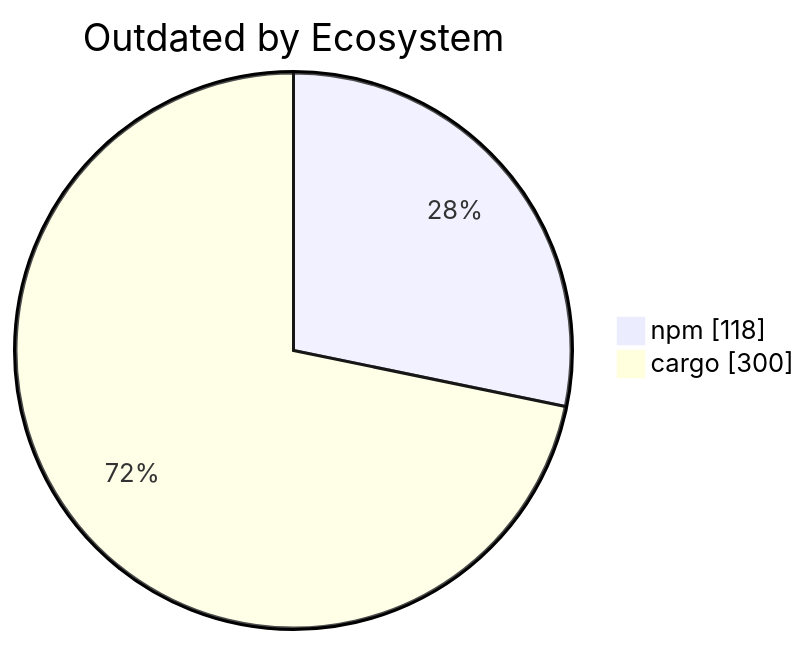
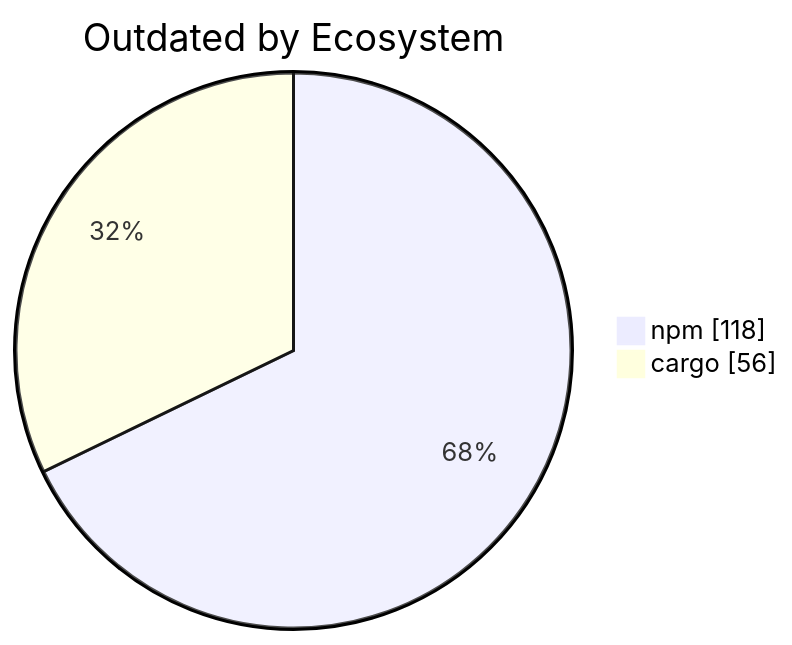
The diagram in apps/kbve/astro-kbve/src/content/docs/dashboard/deps.mdx (KBVE/kbve), drawn with Mermaid before and after one commit. The commit also changed other lines of this file and 1 other file, not shown here.

````diff
--- a/apps/kbve/astro-kbve/src/content/docs/dashboard/deps.mdx
+++ b/apps/kbve/astro-kbve/src/content/docs/dashboard/deps.mdx
@@ -109,6 +109,6 @@
 ```mermaid
 pie showData
     title Outdated by Ecosystem
     "npm" : 118
-    "cargo" : 300
+    "cargo" : 56
 ```
````
